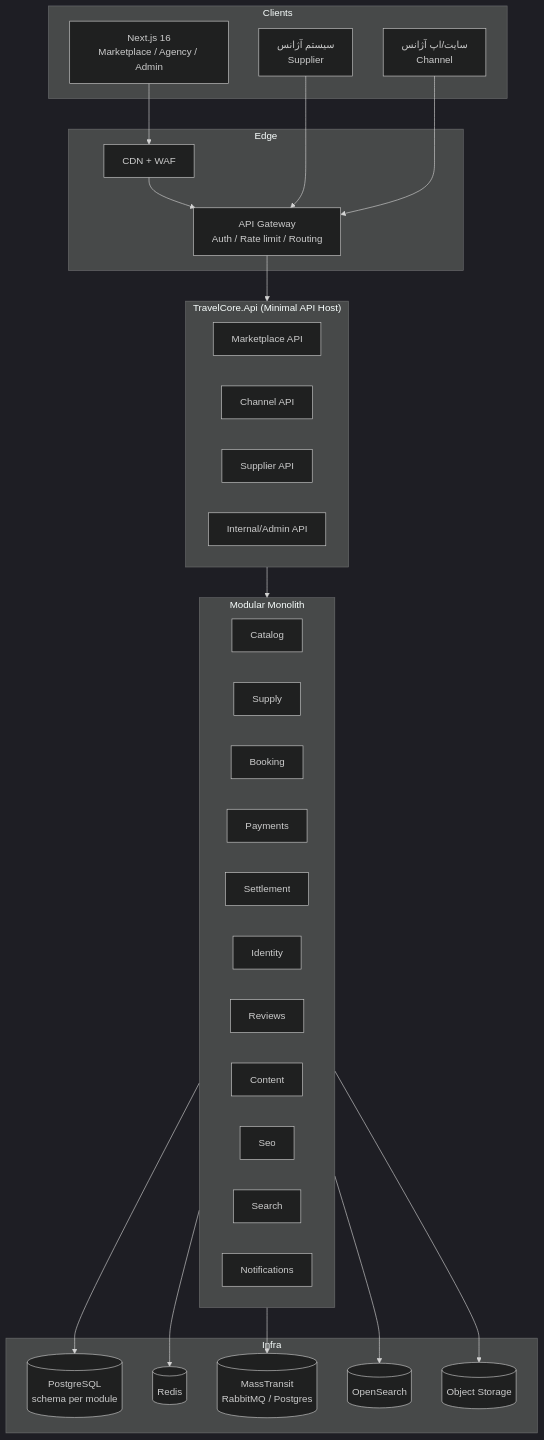
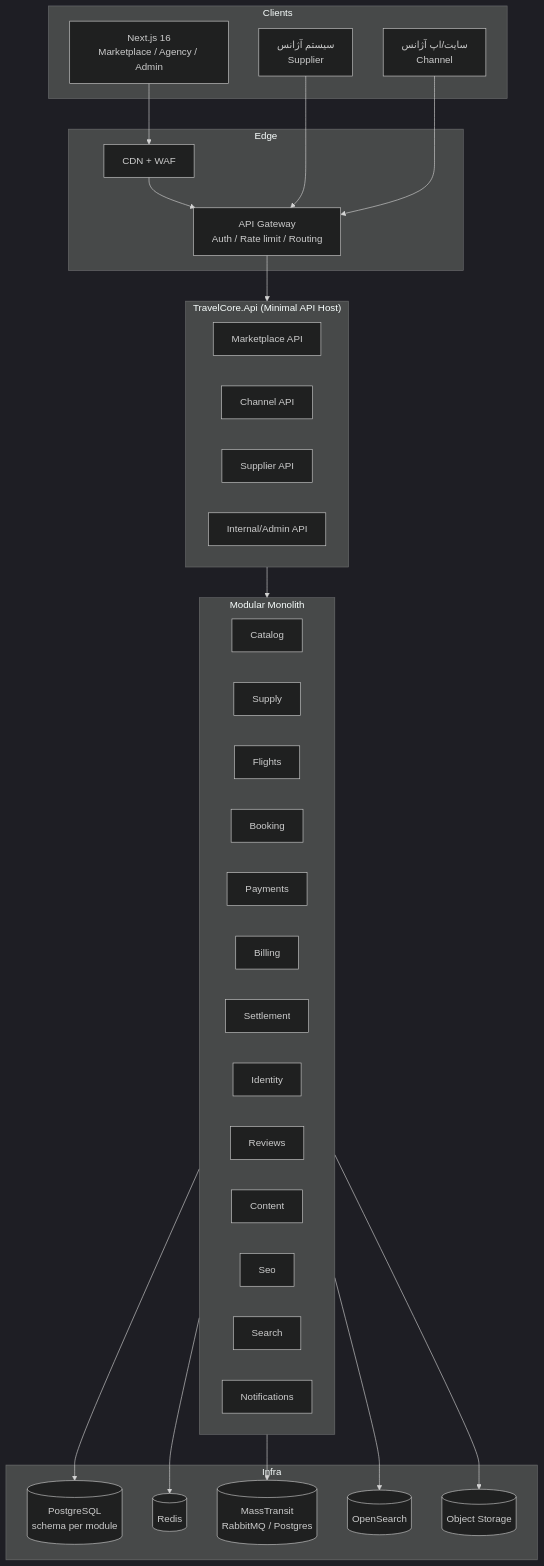
One commit to mrnikiemami-code/Hani changed the first of 3 diagrams in PLAN.md. Above: the diagram before and after it, drawn with Mermaid (dark theme). The commit also changed other lines of this file and 10 other files, not shown here.

````diff
--- a/PLAN.md
+++ b/PLAN.md
@@ -240,53 +310,55 @@
 ```mermaid
 flowchart TB
   subgraph Clients
     WEB[Next.js 16<br/>Marketplace / Agency / Admin]
     SUP[سیستم آژانس<br/>Supplier]
     CH[سایت/اپ آژانس<br/>Channel]
   end
 
   subgraph Edge
     CDN[CDN + WAF]
     GW[API Gateway<br/>Auth / Rate limit / Routing]
   end
 
   subgraph App["TravelCore.Api (Minimal API Host)"]
     M1[Marketplace API]
     M2[Channel API]
     M3[Supplier API]
     M4[Internal/Admin API]
   end
 
   subgraph Modules["Modular Monolith"]
     CAT[Catalog]
     SUPPLY[Supply]
+    FLIGHT[Flights]
     BOOK[Booking]
     PAY[Payments]
+    BILL[Billing]
     SET[Settlement]
     IDN[Identity]
     REV[Reviews]
     CONT[Content]
     SEO[Seo]
     SRCH[Search]
     NOTIF[Notifications]
   end
 
   subgraph Infra
     PG[(PostgreSQL<br/>schema per module)]
     REDIS[(Redis)]
     BUS[(MassTransit<br/>RabbitMQ / Postgres)]
     OS[(OpenSearch)]
     S3[(Object Storage)]
   end
 
   WEB --> CDN --> GW
   SUP --> GW
   CH --> GW
   GW --> App
   App --> Modules
   Modules --> PG
   Modules --> REDIS
   Modules --> BUS
   Modules --> OS
   Modules --> S3
 ```
````
